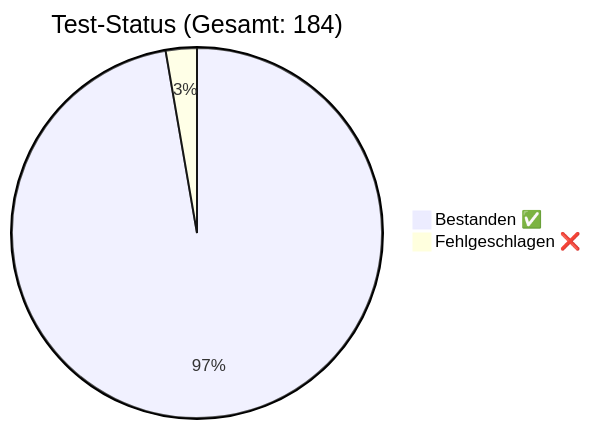
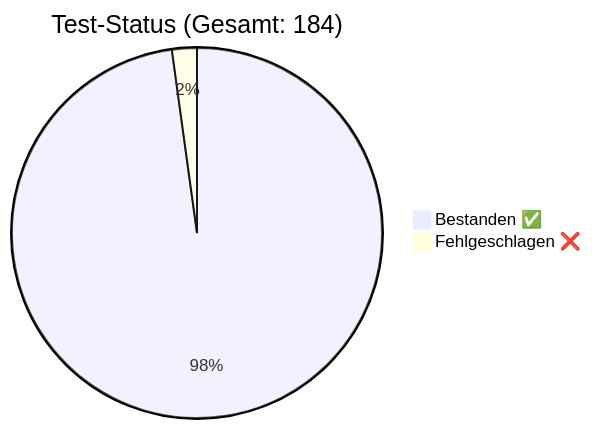
One commit to rorila/GCS changed the diagram in docs/QA_Report.md. Above: the diagram before and after it, drawn with Mermaid. The commit also changed other lines of this file and 21 other files, not shown here.

Commit message:
feat(schema): Tutor Project generated via AgentController API

````diff
--- a/docs/QA_Report.md
+++ b/docs/QA_Report.md
@@ -7,5 +7,5 @@
 ```mermaid
 pie title Test-Status (Gesamt: 184)
-    "Bestanden ✅" : 179
-    "Fehlgeschlagen ❌" : 5
+    "Bestanden ✅" : 180
+    "Fehlgeschlagen ❌" : 4
 ```
````
